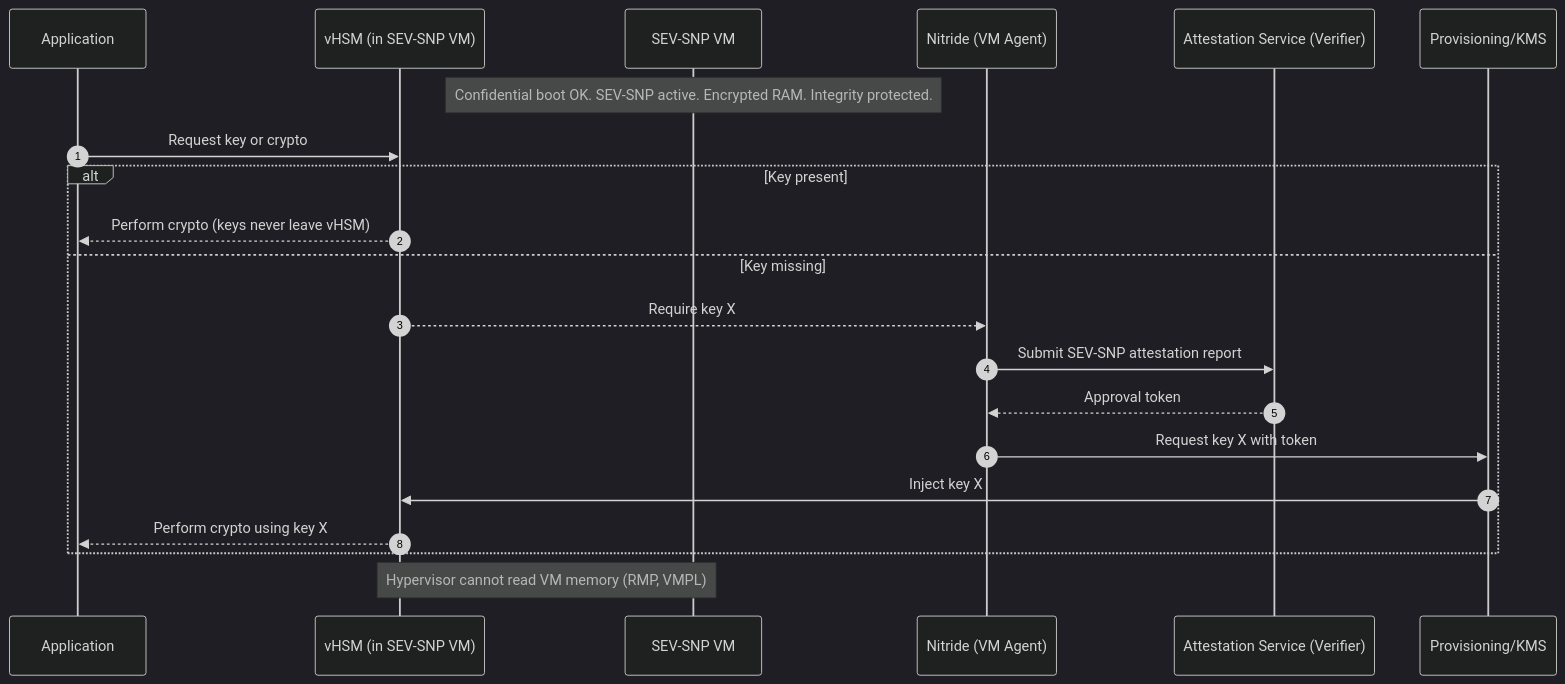
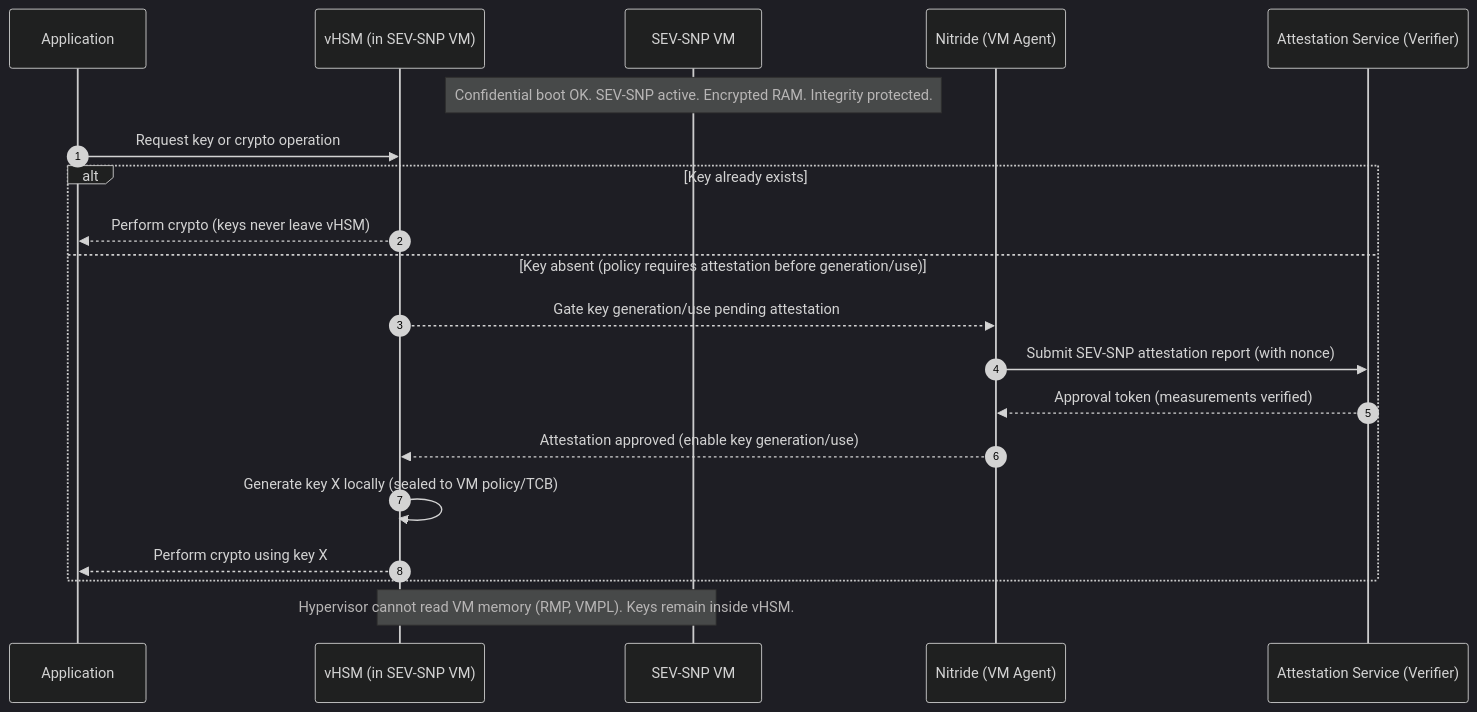
One commit to ahmedmarzougui-enclaive/Confidential-Computing changed the diagram in README.md. Above: the diagram before and after it, drawn with Mermaid (dark theme). The commit also changed other lines of this file, not shown here.

Commit message:
Revise attestation flow and section title in README
Updated the section title and modified the attestation flow to clarify local key generation and the role of Nitride.

````diff
--- a/README.md
+++ b/README.md
@@ -38,23 +38,26 @@
 ```mermaid
 sequenceDiagram
     autonumber
     participant App as Application
     participant vHSM as vHSM (in SEV-SNP VM)
     participant VM as SEV-SNP VM
     participant Nitride as Nitride (VM Agent)
     participant Attest as Attestation Service (Verifier)
-    participant Prov as Provisioning/KMS
+
     Note over VM: Confidential boot OK. SEV-SNP active. Encrypted RAM. Integrity protected.
-    App->>vHSM: Request key or crypto
-    alt Key present
+
+    App->>vHSM: Request key or crypto operation
+
+    alt Key already exists
         vHSM-->>App: Perform crypto (keys never leave vHSM)
-    else Key missing
-        vHSM-->>Nitride: Require key X
-        Nitride->>Attest: Submit SEV-SNP attestation report
-        Attest-->>Nitride: Approval token
-        Nitride->>Prov: Request key X with token
-        Prov->>vHSM: Inject key X
+    else Key absent (policy requires attestation before generation/use)
+        vHSM-->>Nitride: Gate key generation/use pending attestation
+        Nitride->>Attest: Submit SEV-SNP attestation report (with nonce)
+        Attest-->>Nitride: Approval token (measurements verified)
+        Nitride-->>vHSM: Attestation approved (enable key generation/use)
+        vHSM->>vHSM: Generate key X locally (sealed to VM policy/TCB)
         vHSM-->>App: Perform crypto using key X
     end
-    Note over VM,vHSM: Hypervisor cannot read VM memory (RMP, VMPL)
+
+    Note over VM,vHSM: Hypervisor cannot read VM memory (RMP, VMPL). Keys remain inside vHSM.
 ```
````
